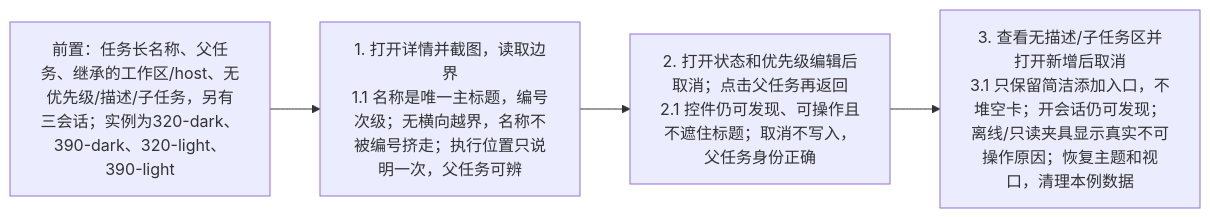
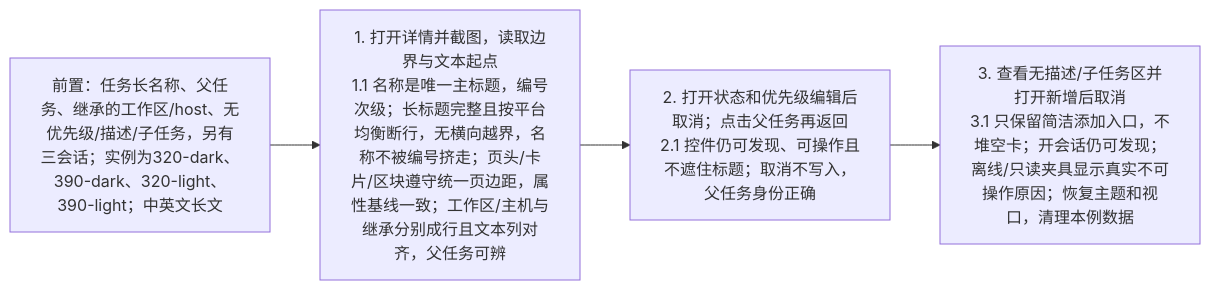
The second of 6 diagrams in docs/issue/本地任务管理/tests/cases/手机详情与跨组子任务回归.md (Fartown/orca), drawn with Mermaid before and after one commit. The commit also changed other lines of this file and 47 other files, not shown here.

````diff
--- a/docs/issue/本地任务管理/tests/cases/手机详情与跨组子任务回归.md
+++ b/docs/issue/本地任务管理/tests/cases/手机详情与跨组子任务回归.md
@@ -41,6 +43,6 @@
 ```mermaid
 flowchart LR
-  A["前置：任务长名称、父任务、继承的工作区/host、无优先级/描述/子任务，另有三会话；实例为320-dark、390-dark、320-light、390-light"] --> B["1. 打开详情并截图，读取边界<br/>1.1 名称是唯一主标题，编号次级；无横向越界，名称不被编号挤走；执行位置只说明一次，父任务可辨"]
+  A["前置：任务长名称、父任务、继承的工作区/host、无优先级/描述/子任务，另有三会话；实例为320-dark、390-dark、320-light、390-light；中英文长文"] --> B["1. 打开详情并截图，读取边界与文本起点<br/>1.1 名称是唯一主标题，编号次级；长标题完整且按平台均衡断行，无横向越界，名称不被编号挤走；页头/卡片/区块遵守统一页边距，属性基线一致；工作区/主机与继承分别成行且文本列对齐，父任务可辨"]
   B --> C["2. 打开状态和优先级编辑后取消；点击父任务再返回<br/>2.1 控件仍可发现、可操作且不遮住标题；取消不写入，父任务身份正确"]
   C --> D["3. 查看无描述/子任务区并打开新增后取消<br/>3.1 只保留简洁添加入口，不堆空卡；开会话仍可发现；离线/只读夹具显示真实不可操作原因；恢复主题和视口，清理本例数据"]
 ```
````
